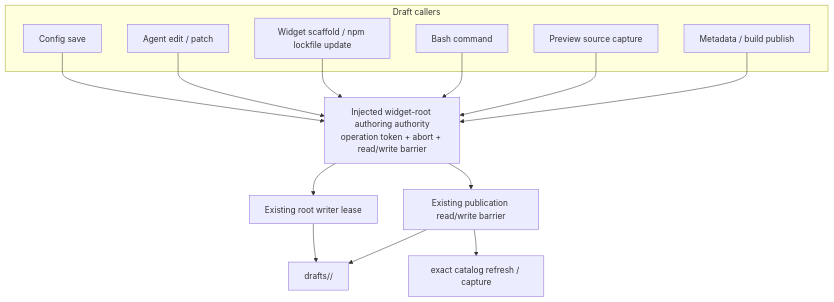
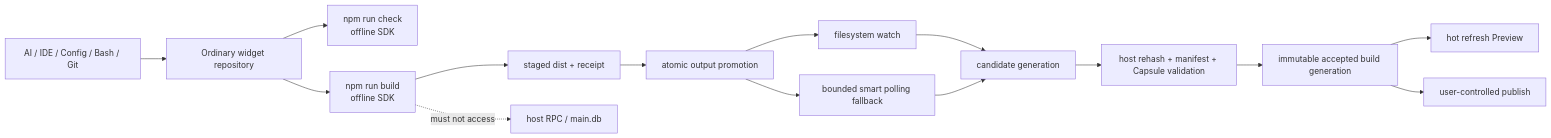
Before and after one commit to omnidraw/omnidraw: the diagram in tasks/d/D10.md, drawn with Mermaid. The commit also changed other lines of this file and 6 other files, not shown here.

````diff
--- a/tasks/d/D10.md
+++ b/tasks/d/D10.md
@@ -101,25 +180,20 @@
 ```mermaid
-flowchart TB
-  subgraph callers["Draft callers"]
-    config["Config save"]
-    edit["Agent edit / patch"]
-    create["Widget scaffold / npm lockfile update"]
-    bash["Bash command"]
-    preview["Preview source capture"]
-    publish["Metadata / build publish"]
-  end
+flowchart LR
+  Editors["AI / IDE / Config / Bash / Git"] --> Repo["Ordinary widget repository"]
+  Repo --> Check["npm run check\noffline SDK"]
+  Repo --> Build["npm run build\noffline SDK"]
+  Build --> Stage["staged dist + receipt"]
+  Stage --> Atomic["atomic output promotion"]
 
-  config --> authority
-  edit --> authority
-  create --> authority
-  bash --> authority
-  preview --> authority
-  publish --> authority
+  Atomic --> Watch["filesystem watch"]
+  Atomic --> Poll["bounded smart polling fallback"]
+  Watch --> Candidate["candidate generation"]
+  Poll --> Candidate
+  Candidate --> Verify["host rehash + manifest + Capsule validation"]
+  Verify --> Accepted["immutable accepted build generation"]
+  Accepted --> Preview["hot refresh Preview"]
+  Accepted --> Publish["user-controlled publish"]
 
-  authority["Injected widget-root authoring authority\noperation token + abort + read/write barrier"]
-  authority --> lease["Existing root writer lease"]
-  authority --> barrier["Existing publication read/write barrier"]
-  lease --> draft["drafts/<slug>/"]
-  barrier --> draft
-  barrier --> catalog["exact catalog refresh / capture"]
+  HostAPI["host RPC / main.db"]
+  Build -. "must not access" .-> HostAPI
 ```
````
